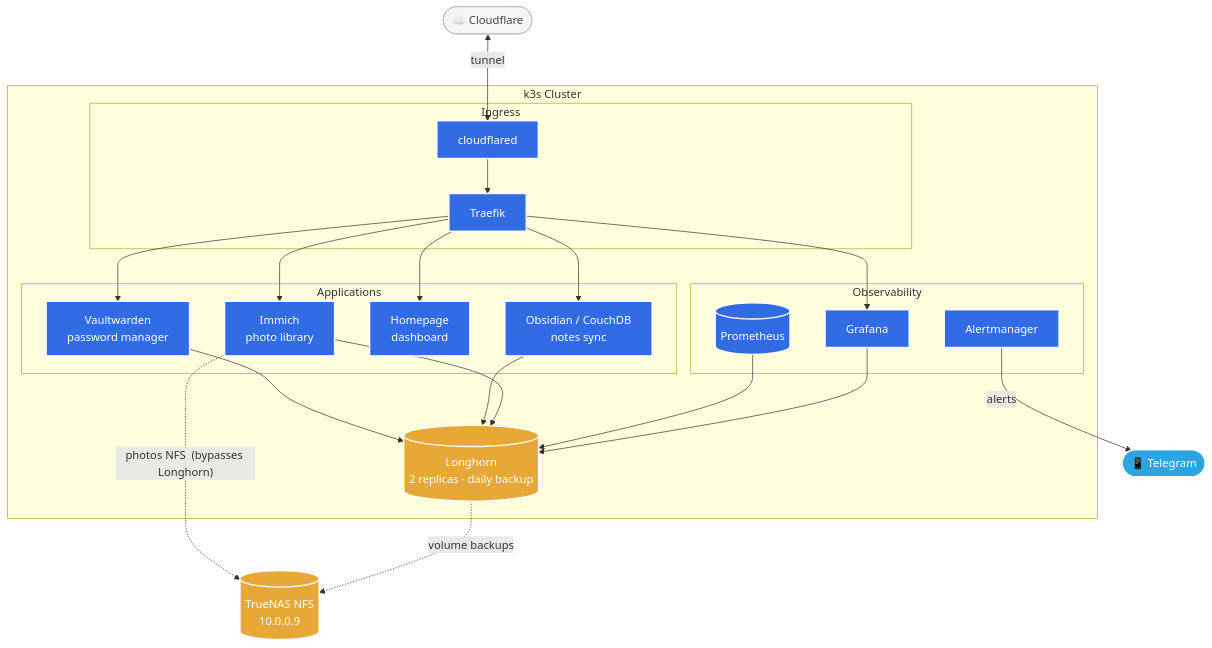
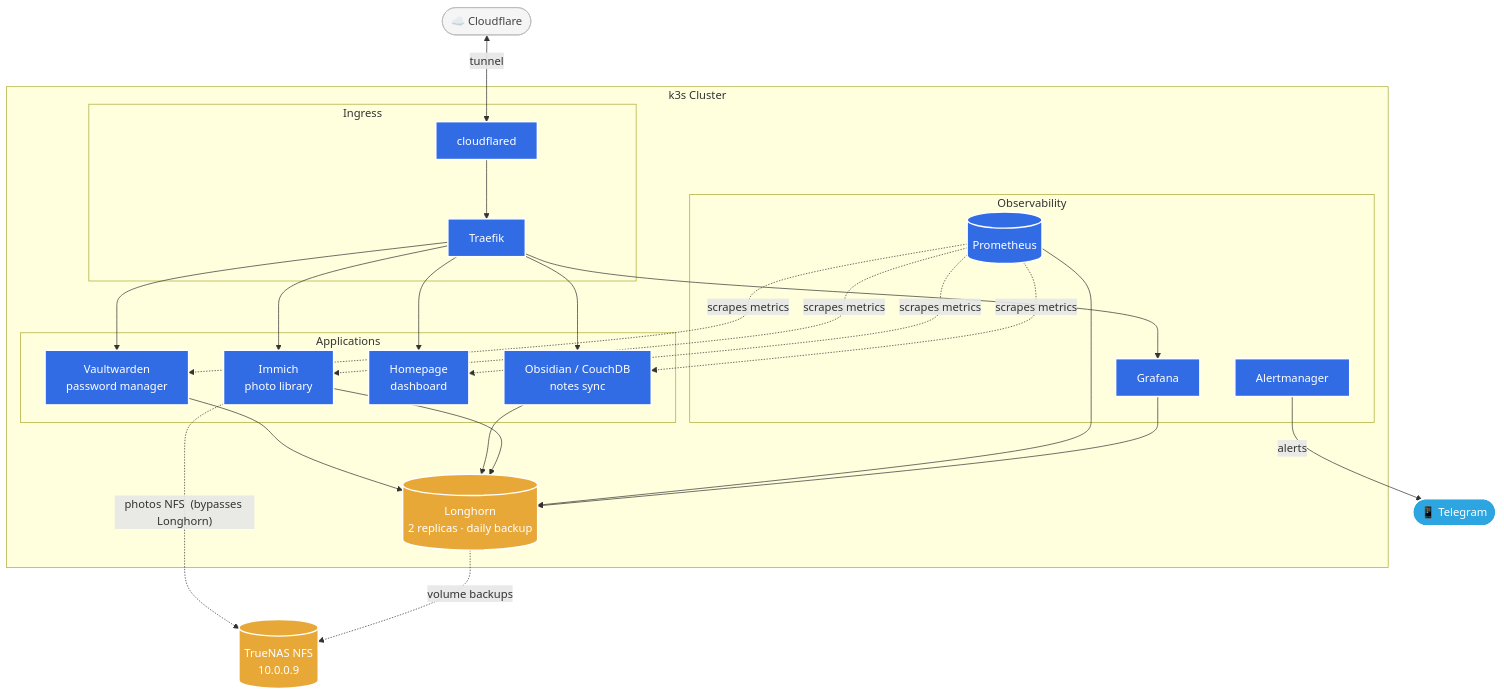
One commit to byeich/homelab changed the second of 5 diagrams in docs/architecture.md. Above: the diagram before and after it, drawn with Mermaid. The commit also changed other lines of this file and 1 other file, not shown here.

Commit message:
updated diagrams

````diff
--- a/docs/architecture.md
+++ b/docs/architecture.md
@@ -62,52 +67,53 @@
 ```mermaid
 flowchart TB
     cf(["☁️ Cloudflare"])
     tg(["📱 Telegram"])
 
     subgraph cluster["k3s Cluster"]
         subgraph ingress["Ingress"]
             cfpod["cloudflared"]
             traefik["Traefik"]
         end
 
         subgraph apps["Applications"]
             vw["Vaultwarden\npassword manager"]
             immich["Immich\nphoto library"]
             home["Homepage\ndashboard"]
             obs["Obsidian / CouchDB\nnotes sync"]
         end
 
         subgraph observability["Observability"]
             prom[("Prometheus")]
             grafana["Grafana"]
             alert["Alertmanager"]
         end
 
         lh[("Longhorn\n2 replicas · daily backup")]
     end
 
     truenas[("TrueNAS NFS\n10.0.0.9")]
 
     cf <-->|"tunnel"| cfpod
     cfpod --> traefik
     traefik --> vw & immich & home & obs & grafana
 
     vw & obs --> lh
     immich --> lh
     prom & grafana --> lh
+    prom -.->|"scrapes metrics"| vw & immich & home & obs
 
     immich -.->|"photos NFS  (bypasses Longhorn)"| truenas
     lh -.->|"volume backups"| truenas
 
     alert -->|"alerts"| tg
 
     classDef k8s     fill:#326ce5,stroke:#fff,stroke-width:2px,color:#fff
     classDef storage fill:#e8a838,stroke:#fff,stroke-width:2px,color:#fff
     classDef ext     fill:#f5f5f5,stroke:#bbb,color:#444
     classDef msg     fill:#2ca5e0,stroke:#fff,stroke-width:2px,color:#fff
 
     class cfpod,traefik,vw,immich,home,obs,prom,grafana,alert k8s
     class lh,truenas storage
     class cf ext
     class tg msg
 ```
````
